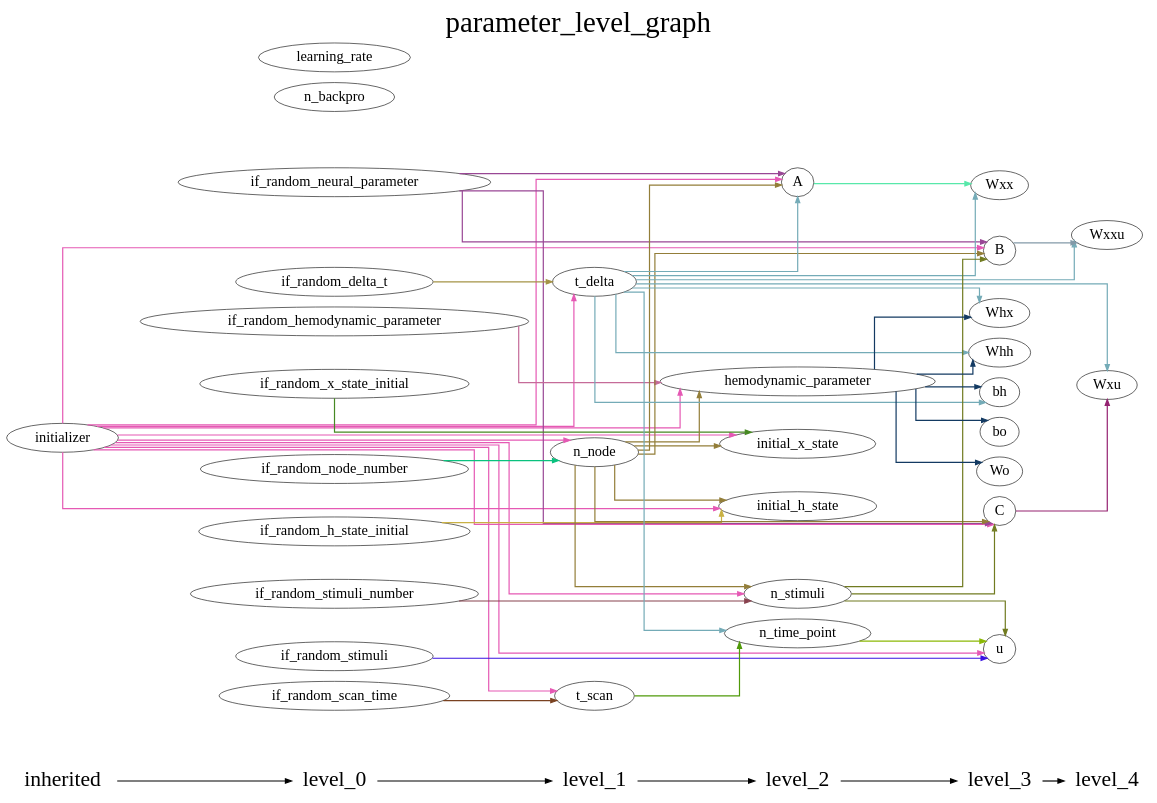
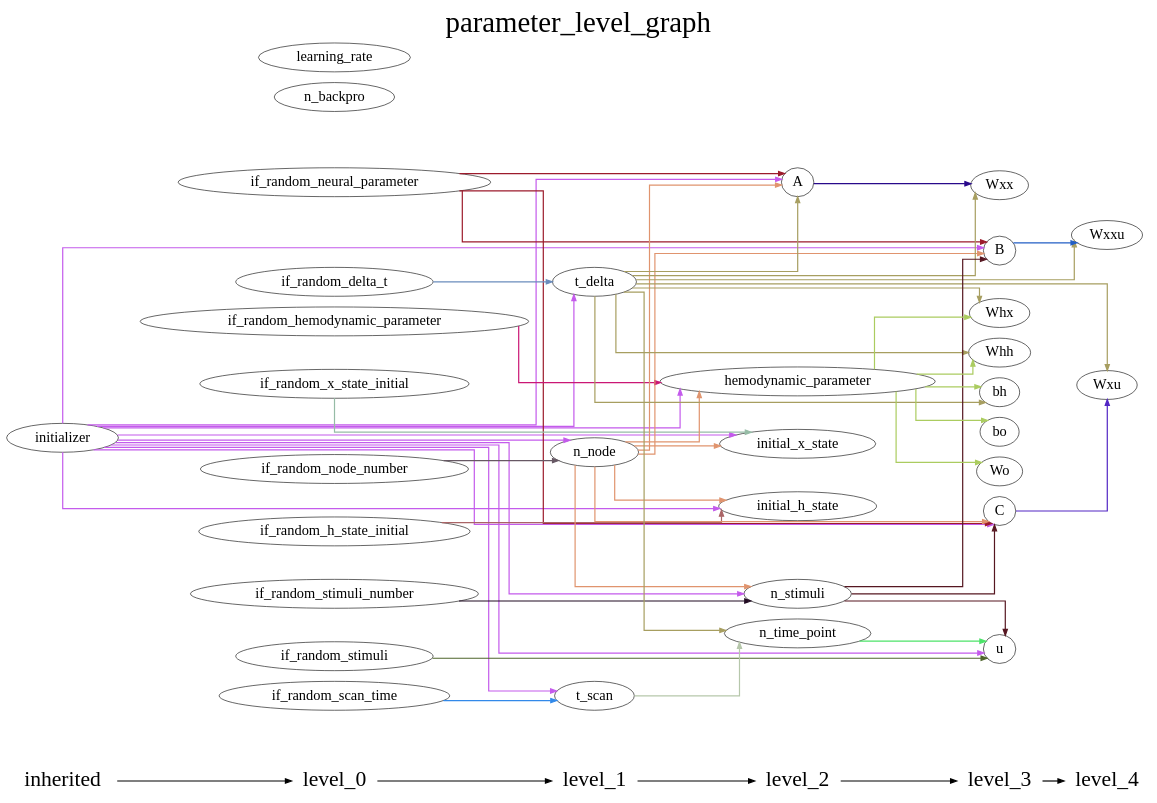
The diagram in DCM_RNN/documents/parameter_level_graph.gv (YuanWangOnward/DCM_RNN), drawn with Graphviz before and after one commit. The commit also changed 4 other files, not shown here.

```diff
--- a/DCM_RNN/documents/parameter_level_graph.gv
+++ b/DCM_RNN/documents/parameter_level_graph.gv
@@ -1,118 +1,118 @@
 digraph G {
           splines=ortho;
           fontsize = 48;
           rankdir = "LR";
           node[fontsize=24];
           edge[penwidth=2];
           {
           node [shape=plaintext fontsize=36];
           inherited -> 
           level_0 -> 
           level_1 -> 
           level_2 -> 
           level_3 -> 
           level_4
           }
           {rank = same;
           inherited;
           initializer;
           }
           {rank = same;
           level_0;
           if_random_neural_parameter;
           if_random_hemodynamic_parameter;
           if_random_x_state_initial;
           if_random_h_state_initial;
           if_random_stimuli;
           if_random_node_number;
           if_random_stimuli_number;
           if_random_delta_t;
           if_random_scan_time;
           n_backpro;
           learning_rate;
           }
           {rank = same;
           level_1;
           n_node;
           t_delta;
           t_scan;
           }
           {rank = same;
           level_2;
           n_time_point;
           n_stimuli;
           A;
           hemodynamic_parameter;
           initial_x_state;
           initial_h_state;
           }
           {rank = same;
           level_3;
           u;
           B;
           C;
           Wxx;
           Whx;
           Whh;
           bh;
           Wo;
           bo;
           }
           {rank = same;
           level_4;
           Wxxu;
           Wxu;
           }
-          if_random_stimuli_number -> n_stimuli [color="#88424E"];
-          if_random_x_state_initial -> initial_x_state [color="#478923"];
-          t_delta -> Wxx [color="#74ABB7"];
-          t_delta -> A [color="#74ABB7"];
-          t_delta -> bh [color="#74ABB7"];
-          t_delta -> Wxxu [color="#74ABB7"];
-          t_delta -> Whh [color="#74ABB7"];
-          t_delta -> Wxu [color="#74ABB7"];
-          t_delta -> Whx [color="#74ABB7"];
-          t_delta -> n_time_point [color="#74ABB7"];
-          if_random_h_state_initial -> initial_h_state [color="#C9B144"];
-          if_random_hemodynamic_parameter -> hemodynamic_parameter [color="#C56B99"];
-          if_random_stimuli -> u [color="#3912E2"];
-          n_stimuli -> B [color="#717B21"];
-          n_stimuli -> u [color="#717B21"];
-          n_stimuli -> C [color="#717B21"];
-          if_random_neural_parameter -> A [color="#994795"];
-          if_random_neural_parameter -> B [color="#994795"];
-          if_random_neural_parameter -> C [color="#994795"];
-          t_scan -> n_time_point [color="#509A0A"];
-          B -> Wxxu [color="#839AA8"];
-          n_node -> initial_x_state [color="#937E39"];
-          n_node -> A [color="#937E39"];
-          n_node -> hemodynamic_parameter [color="#937E39"];
-          n_node -> n_stimuli [color="#937E39"];
-          n_node -> initial_h_state [color="#937E39"];
-          n_node -> B [color="#937E39"];
-          n_node -> C [color="#937E39"];
-          if_random_delta_t -> t_delta [color="#A49346"];
-          initializer -> initial_x_state [color="#E559B4"];
-          initializer -> A [color="#E559B4"];
-          initializer -> t_delta [color="#E559B4"];
-          initializer -> hemodynamic_parameter [color="#E559B4"];
-          initializer -> n_stimuli [color="#E559B4"];
-          initializer -> initial_h_state [color="#E559B4"];
-          initializer -> n_node [color="#E559B4"];
-          initializer -> B [color="#E559B4"];
-          initializer -> u [color="#E559B4"];
-          initializer -> t_scan [color="#E559B4"];
-          initializer -> C [color="#E559B4"];
-          if_random_scan_time -> t_scan [color="#7A4221"];
-          hemodynamic_parameter -> Wo [color="#133A62"];
-          hemodynamic_parameter -> bh [color="#133A62"];
-          hemodynamic_parameter -> bo [color="#133A62"];
-          hemodynamic_parameter -> Whh [color="#133A62"];
-          hemodynamic_parameter -> Whx [color="#133A62"];
-          A -> Wxx [color="#58E8AA"];
-          C -> Wxu [color="#952271"];
-          if_random_node_number -> n_node [color="#09C17E"];
-          n_time_point -> u [color="#8BB806"];
+          if_random_h_state_initial -> initial_h_state [color="#AA6466"];
+          if_random_delta_t -> t_delta [color="#6A8CBC"];
+          if_random_neural_parameter -> A [color="#9C1B2C"];
+          if_random_neural_parameter -> C [color="#9C1B2C"];
+          if_random_neural_parameter -> B [color="#9C1B2C"];
+          n_stimuli -> u [color="#561721"];
+          n_stimuli -> C [color="#561721"];
+          n_stimuli -> B [color="#561721"];
+          hemodynamic_parameter -> bh [color="#ABCC60"];
+          hemodynamic_parameter -> Wo [color="#ABCC60"];
+          hemodynamic_parameter -> Whx [color="#ABCC60"];
+          hemodynamic_parameter -> Whh [color="#ABCC60"];
+          hemodynamic_parameter -> bo [color="#ABCC60"];
+          if_random_stimuli -> u [color="#4E642B"];
+          if_random_stimuli_number -> n_stimuli [color="#210B22"];
+          A -> Wxx [color="#29098B"];
+          if_random_x_state_initial -> initial_x_state [color="#96BCA6"];
+          B -> Wxxu [color="#225EC5"];
+          C -> Wxu [color="#5226C4"];
+          initializer -> t_scan [color="#C45BEC"];
+          initializer -> initial_h_state [color="#C45BEC"];
+          initializer -> A [color="#C45BEC"];
+          initializer -> u [color="#C45BEC"];
+          initializer -> t_delta [color="#C45BEC"];
+          initializer -> n_stimuli [color="#C45BEC"];
+          initializer -> n_node [color="#C45BEC"];
+          initializer -> initial_x_state [color="#C45BEC"];
+          initializer -> C [color="#C45BEC"];
+          initializer -> B [color="#C45BEC"];
+          initializer -> hemodynamic_parameter [color="#C45BEC"];
+          if_random_hemodynamic_parameter -> hemodynamic_parameter [color="#CA1775"];
+          t_delta -> Wxx [color="#A79E60"];
+          t_delta -> bh [color="#A79E60"];
+          t_delta -> A [color="#A79E60"];
+          t_delta -> Whx [color="#A79E60"];
+          t_delta -> n_time_point [color="#A79E60"];
+          t_delta -> Whh [color="#A79E60"];
+          t_delta -> Wxxu [color="#A79E60"];
+          t_delta -> Wxu [color="#A79E60"];
+          t_scan -> n_time_point [color="#B6C7AB"];
+          if_random_scan_time -> t_scan [color="#3289E9"];
+          n_node -> initial_h_state [color="#E0946E"];
+          n_node -> A [color="#E0946E"];
+          n_node -> n_stimuli [color="#E0946E"];
+          n_node -> initial_x_state [color="#E0946E"];
+          n_node -> C [color="#E0946E"];
+          n_node -> B [color="#E0946E"];
+          n_node -> hemodynamic_parameter [color="#E0946E"];
+          if_random_node_number -> n_node [color="#675864"];
+          n_time_point -> u [color="#4CE369"];
           labelloc = "t";
           label = "parameter_level_graph";
 }
```
